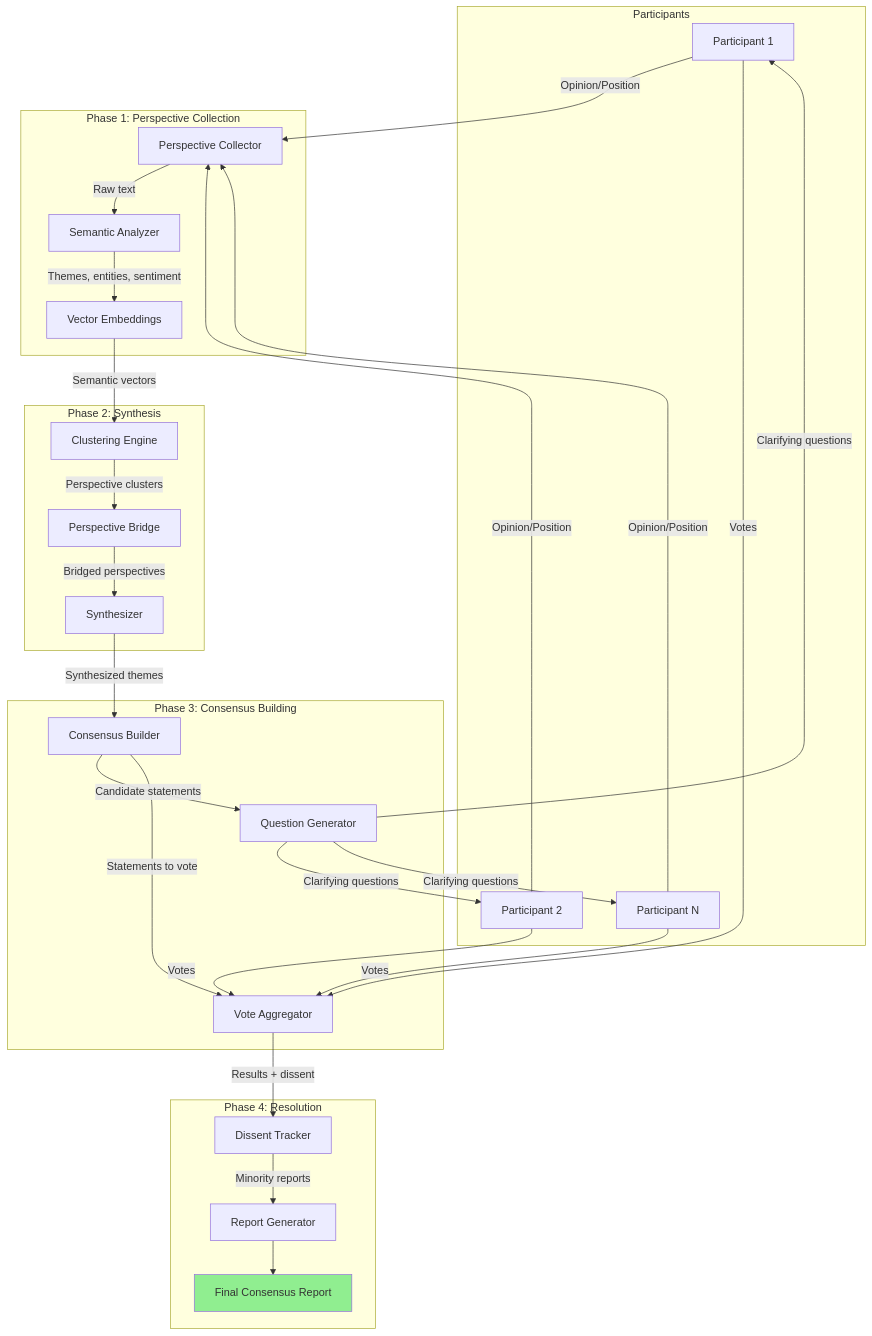
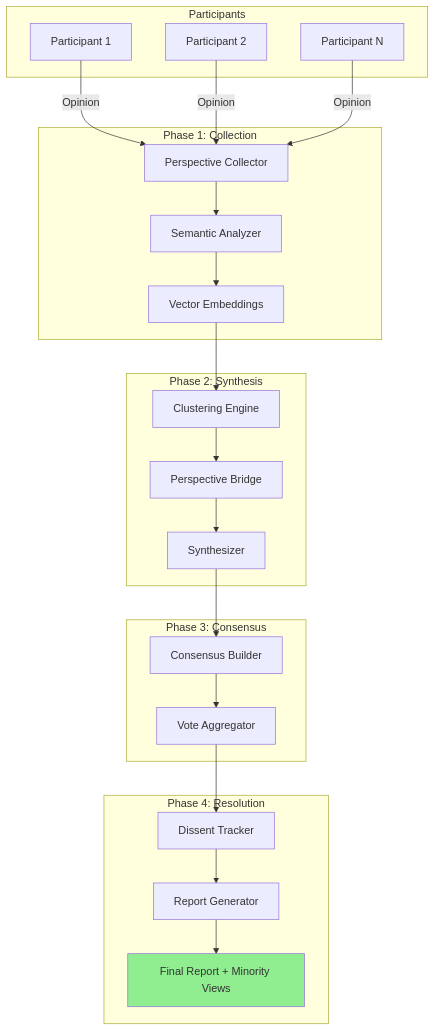
One commit to abezr/climate-negotiaiton changed the fourth of 6 diagrams in ARCHITECTURE.md. Above: the diagram before and after it, drawn with Mermaid. The commit also changed other lines of this file, not shown here.

First line of the commit message:
refactor: Align ARCHITECTURE.md with brownfield review approach

````diff
--- a/ARCHITECTURE.md
+++ b/ARCHITECTURE.md
@@ -224,60 +202,41 @@
 ```mermaid
 flowchart TB
     subgraph Participants
         P1[Participant 1]
         P2[Participant 2]
         P3[Participant N]
     end
 
-    subgraph "Phase 1: Perspective Collection"
+    subgraph "Phase 1: Collection"
         PC[Perspective Collector]
         SA[Semantic Analyzer]
         VE[Vector Embeddings]
     end
 
     subgraph "Phase 2: Synthesis"
         CL[Clustering Engine]
         PB[Perspective Bridge]
         SUM[Synthesizer]
     end
 
-    subgraph "Phase 3: Consensus Building"
+    subgraph "Phase 3: Consensus"
         CB[Consensus Builder]
-        QG[Question Generator]
         VA[Vote Aggregator]
     end
 
     subgraph "Phase 4: Resolution"
         DT[Dissent Tracker]
         RG[Report Generator]
-        OUT[Final Consensus Report]
+        OUT[Final Report + Minority Views]
     end
 
-    P1 -->|"Opinion/Position"| PC
-    P2 -->|"Opinion/Position"| PC
-    P3 -->|"Opinion/Position"| PC
+    P1 -->|"Opinion"| PC
+    P2 -->|"Opinion"| PC
+    P3 -->|"Opinion"| PC
 
-    PC -->|"Raw text"| SA
-    SA -->|"Themes, entities, sentiment"| VE
-    VE -->|"Semantic vectors"| CL
-
-    CL -->|"Perspective clusters"| PB
-    PB -->|"Bridged perspectives"| SUM
-    SUM -->|"Synthesized themes"| CB
-
-    CB -->|"Candidate statements"| QG
-    QG -->|"Clarifying questions"| P1
-    QG -->|"Clarifying questions"| P2
-    QG -->|"Clarifying questions"| P3
-    
-    CB -->|"Statements to vote"| VA
-    P1 -->|"Votes"| VA
-    P2 -->|"Votes"| VA
-    P3 -->|"Votes"| VA
-
-    VA -->|"Results + dissent"| DT
-    DT -->|"Minority reports"| RG
-    RG --> OUT
+    PC --> SA --> VE --> CL
+    CL --> PB --> SUM --> CB
+    CB --> VA --> DT --> RG --> OUT
 
     style OUT fill:#90EE90
 ```
````
